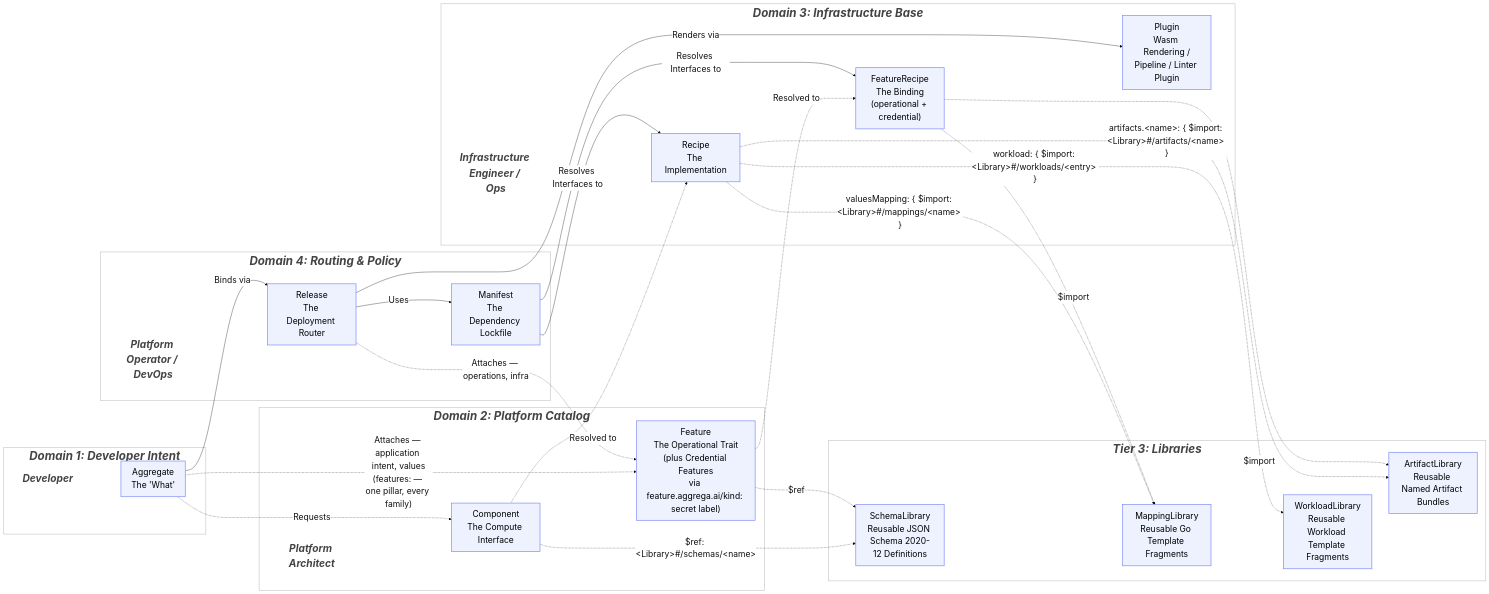
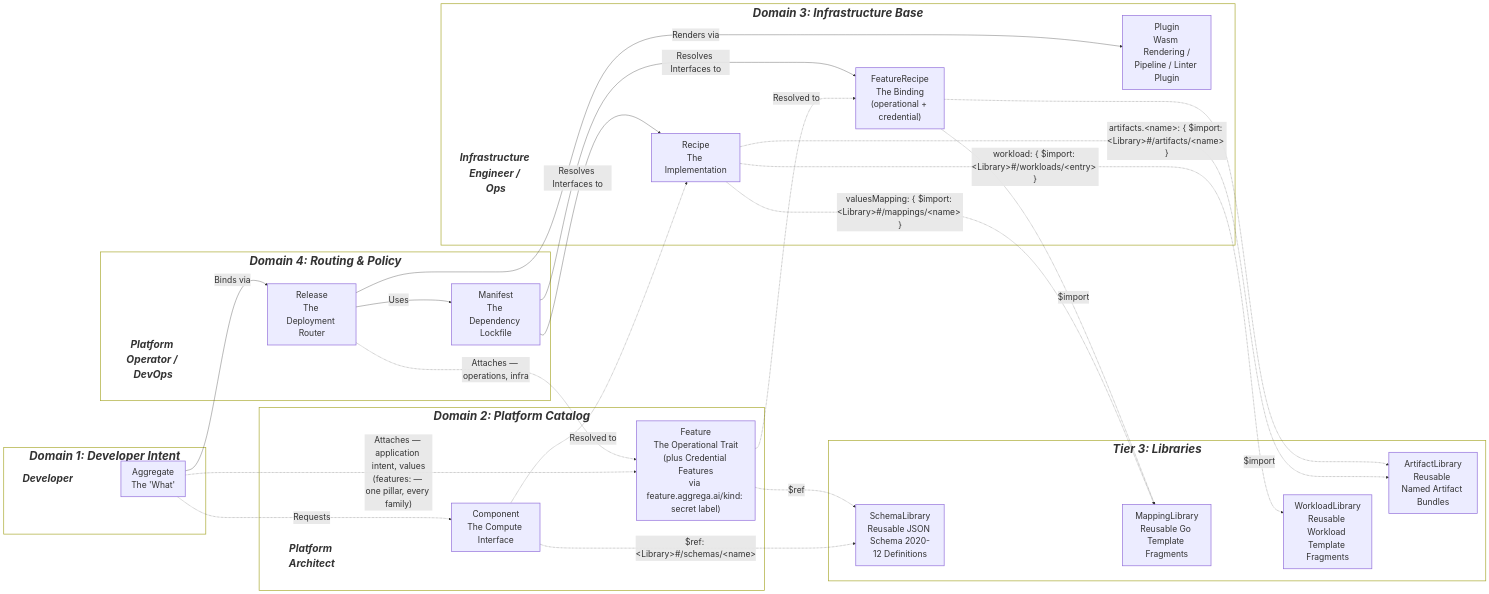
One commit to aggrega-ai/aggrega-docs changed the diagram in architecture/04-entity-taxonomy.md. Above: the diagram before and after it, drawn with Mermaid. The commit also changed 5 other files, not shown here.

Commit message:
feat(site): draw mermaid diagrams in the browser in the page's light or dark theme

```diff
--- a/architecture/04-entity-taxonomy.md
+++ b/architecture/04-entity-taxonomy.md
@@ -5,21 +5,15 @@
 ~~~mermaid
 %%{
   init: {
-    'theme': 'base',
     'themeVariables': {
-      'fontSize': '25px',
-      'fontFamily': 'sans-serif',
-      'primaryTextColor': '#111',
-      'edgeLabelBackground': '#ffffff',
-      'clusterBkg': '#fafafa',
-      'clusterBorder': '#cccccc'
+      'fontSize': '25px'
     }
   }
 }%%
 graph LR
-    classDef domain fill:transparent,stroke:#cccccc,stroke-width:2px,font-weight:bold,font-style:italic,font-size:34px,color:#444;
-    classDef role fill:transparent,stroke:none,font-weight:bold,font-style:italic,font-size:30px,color:#444;
-    classDef baseNode fill:#eef2ff,stroke:#818cf8,stroke-width:2px,font-size:25px,color:#000;
+    classDef domain fill:transparent,stroke-width:2px,font-weight:bold,font-style:italic,font-size:34px;
+    classDef role fill:transparent,stroke:none,font-weight:bold,font-style:italic,font-size:30px;
+    classDef baseNode stroke-width:2px,font-size:25px;
 
     subgraph Dom1 ["Domain 1: Developer Intent"]
         P1["Developer"]:::role
```
